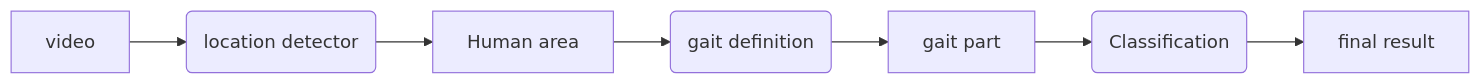
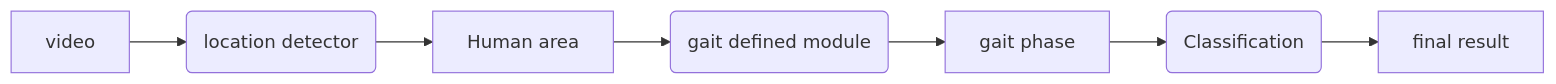
One commit to ChenKaiXuSan/Skeleton_ASD_PyTorch changed the diagram in README.md. Above: the diagram before and after it, drawn with Mermaid. The commit also changed other lines of this file and 1 other file, not shown here.

````diff
--- a/README.md
+++ b/README.md
@@ -16,9 +16,9 @@
 ``` mermaid
 graph LR
 A[video] --> B(location detector)
 B --> C[Human area]
-C --> D(gait definition)
-D --> E[gait part]
+C --> D(gait defined module)
+D --> E[gait phase]
 E --> F(Classification)
 F --> G[final result]
 ```
````
